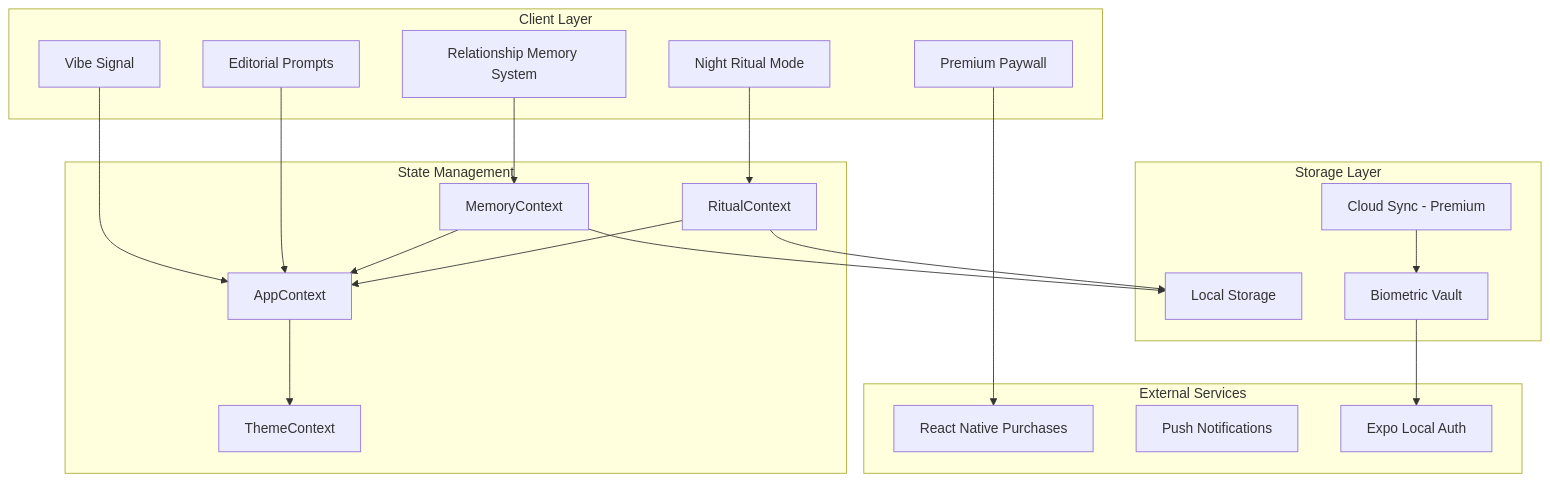
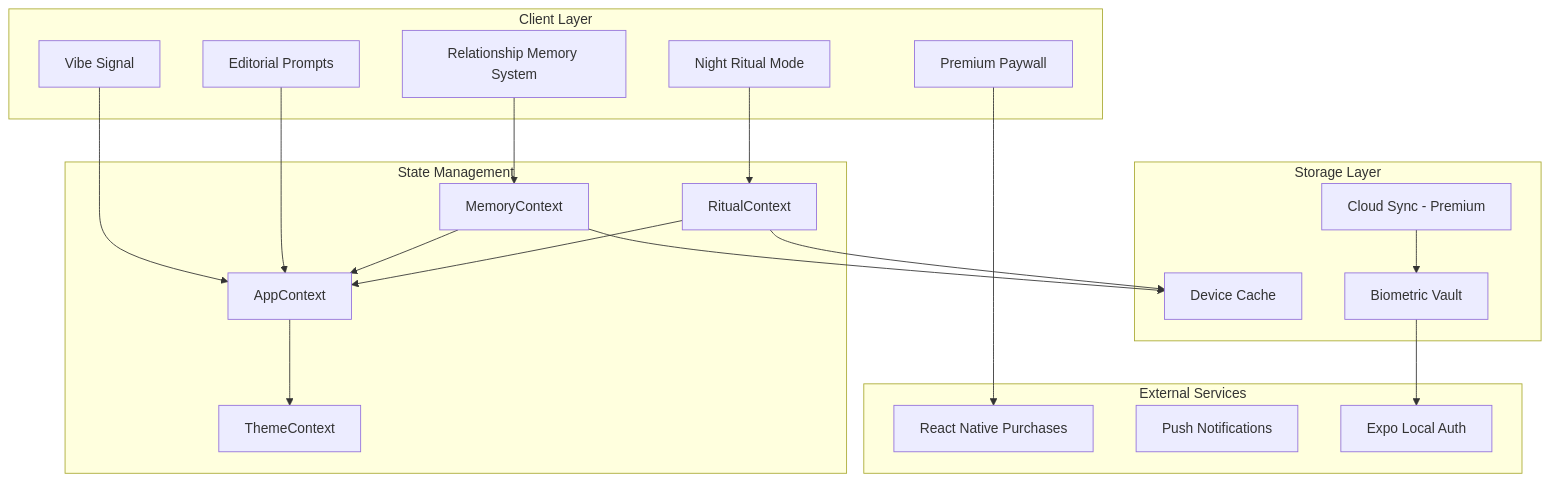
The diagram in .kiro/specs/premium-value-loop/design.md (brithornick92-max/BetweenUs), drawn with Mermaid before and after one commit. The commit also changed other lines of this file and 138 other files, not shown here.

Commit message:
Remove legacy encryption and finalize cloud storage architecture

````diff
--- a/.kiro/specs/premium-value-loop/design.md
+++ b/.kiro/specs/premium-value-loop/design.md
@@ -13,44 +13,44 @@
 ```mermaid
 graph TB
     subgraph "Client Layer"
         VS[Vibe Signal]
         EP[Editorial Prompts]
         RMS[Relationship Memory System]
         NRM[Night Ritual Mode]
         PP[Premium Paywall]
     end
     
     subgraph "State Management"
         AC[AppContext]
         TC[ThemeContext]
         MC[MemoryContext]
         RC[RitualContext]
     end
     
     subgraph "Storage Layer"
-        LS[Local Storage]
+        LS[Device Cache]
         BV[Biometric Vault]
         CS[Cloud Sync - Premium]
     end
     
     subgraph "External Services"
         RNP[React Native Purchases]
         PN[Push Notifications]
         ELA[Expo Local Auth]
     end
     
     VS --> AC
     EP --> AC
     RMS --> MC
     NRM --> RC
     PP --> RNP
     
     MC --> LS
     RC --> LS
     BV --> ELA
     CS --> BV
     
     AC --> TC
     MC --> AC
     RC --> AC
 ```
````
